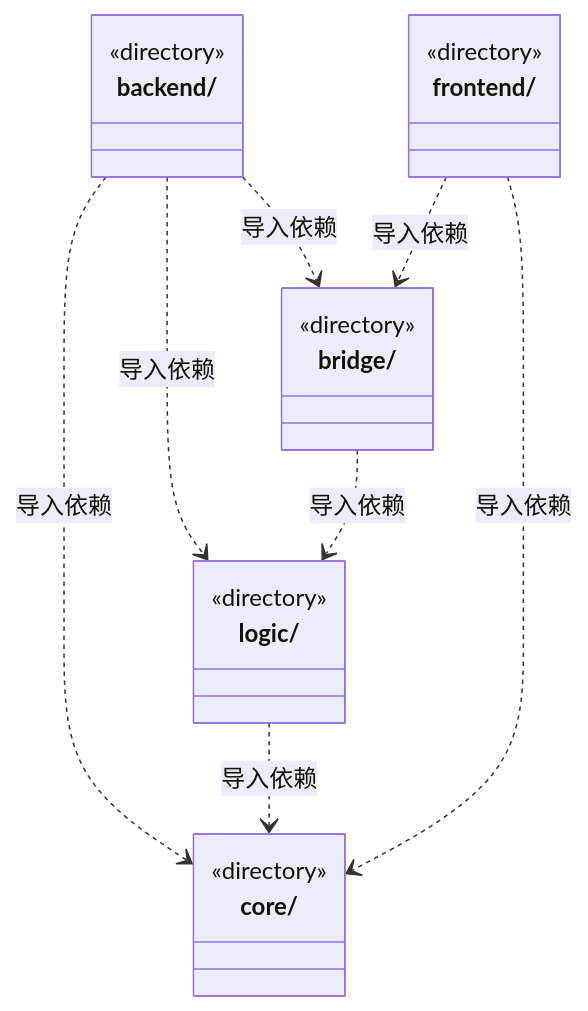
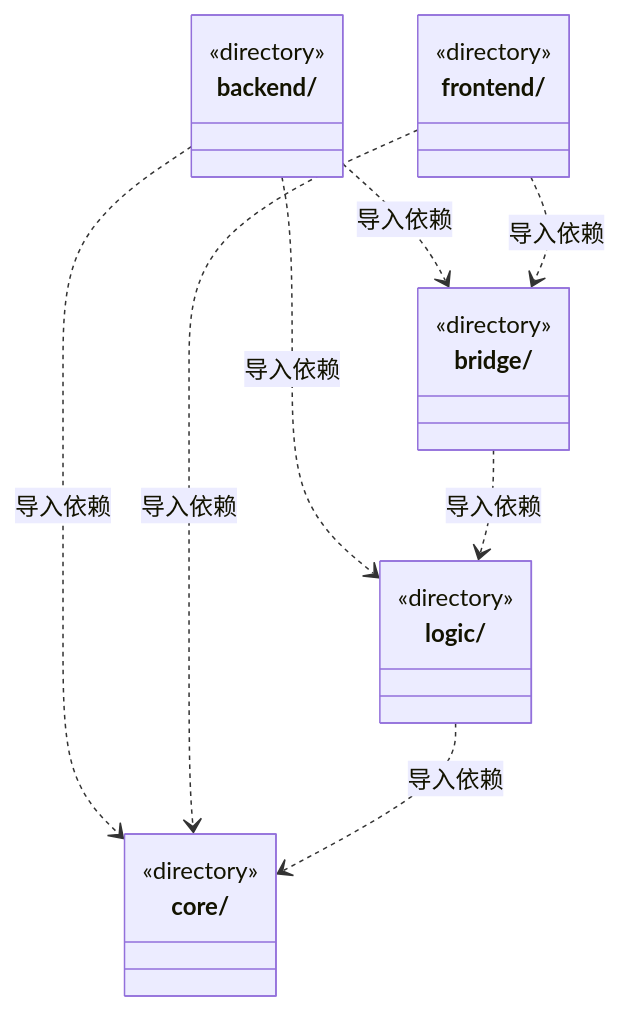
Before and after one commit to nan023062/cbim: the diagram in src/ARCHITECTURE.md, drawn with Mermaid. The commit also changed other lines of this file and 456 other files, not shown here.

````diff
--- a/src/ARCHITECTURE.md
+++ b/src/ARCHITECTURE.md
@@ -15,25 +15,25 @@
 ```mermaid
 classDiagram
 class N_src_backend["backend/"] {
   <<directory>>
 }
 class N_src_bridge["bridge/"] {
   <<directory>>
 }
 class N_src_core["core/"] {
   <<directory>>
 }
 class N_src_frontend["frontend/"] {
   <<directory>>
 }
 class N_src_logic["logic/"] {
   <<directory>>
 }
+N_src_backend ..> N_src_bridge : 导入依赖
+N_src_backend ..> N_src_logic : 导入依赖
 N_src_backend ..> N_src_core : 导入依赖
-N_src_backend ..> N_src_logic : 导入依赖
-N_src_backend ..> N_src_bridge : 导入依赖
 N_src_bridge ..> N_src_logic : 导入依赖
 N_src_frontend ..> N_src_bridge : 导入依赖
 N_src_frontend ..> N_src_core : 导入依赖
 N_src_logic ..> N_src_core : 导入依赖
 ```
````
